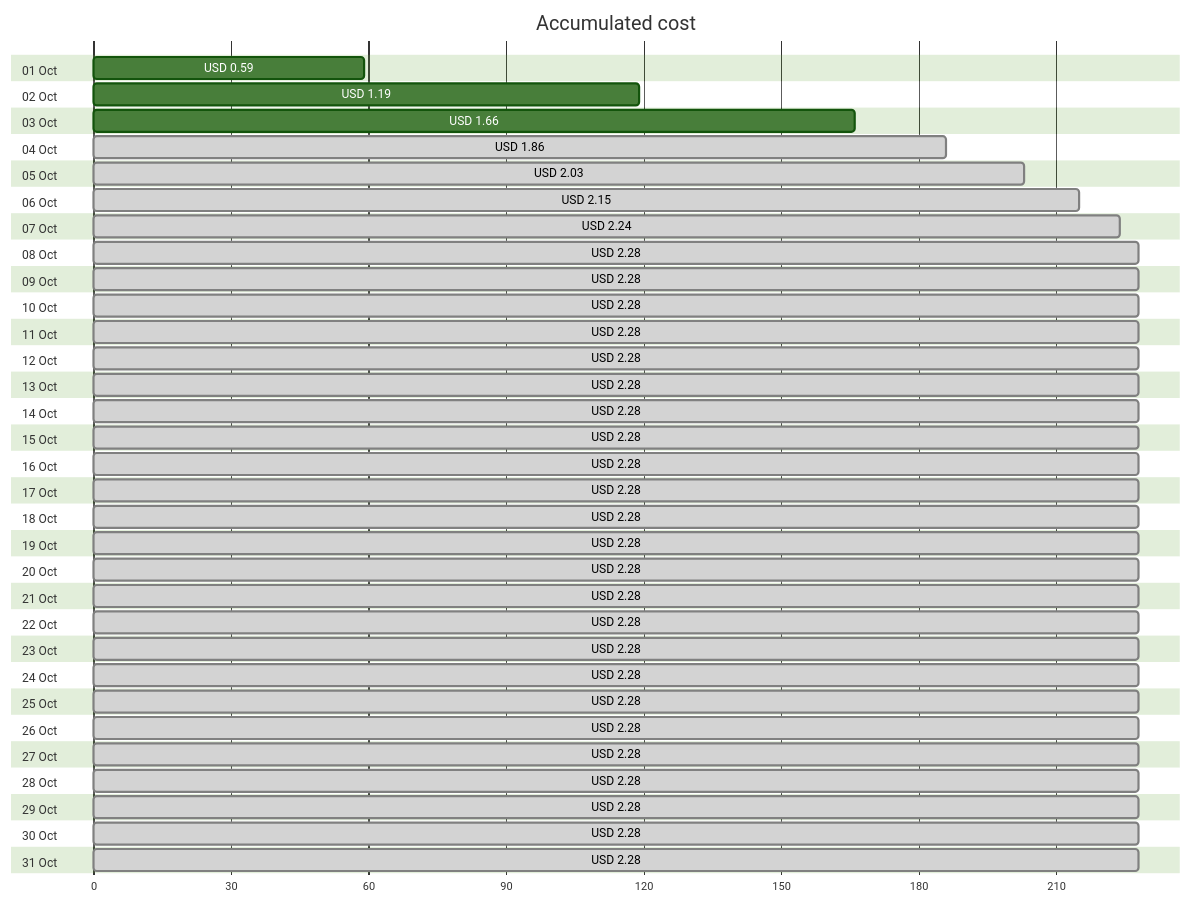
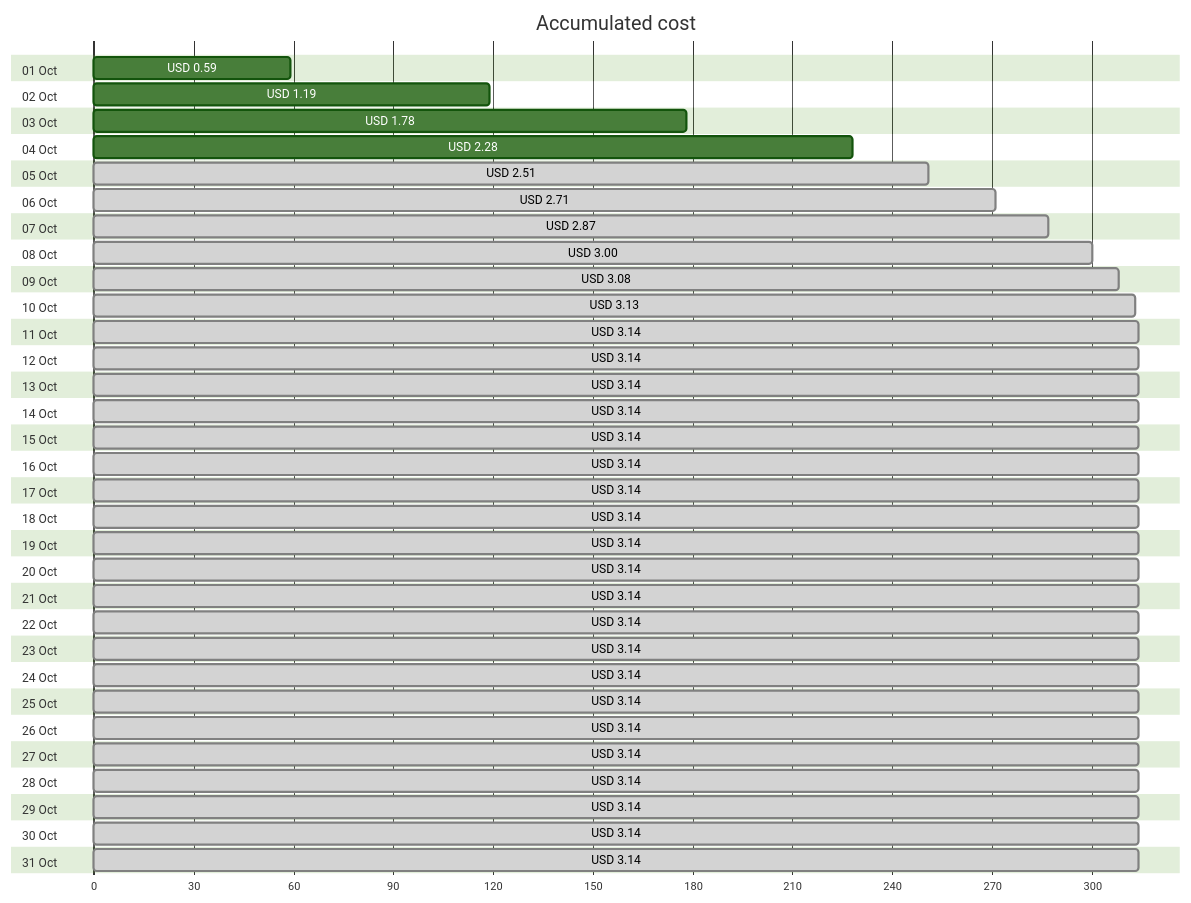
Before and after one commit to jpfulton/azure-personal-reports: the first of 4 diagrams in cost-reports/personal-site/README.md, drawn with Mermaid (forest theme). The commit also changed other lines of this file and 6 other files, not shown here.

````diff
--- a/cost-reports/personal-site/README.md
+++ b/cost-reports/personal-site/README.md
@@ -20,68 +20,68 @@
 ```mermaid
 gantt
    title Accumulated cost
    dateFormat  X
    axisFormat %s
    section 01 Oct
    USD 0.59 :0, 59
    section 02 Oct
    USD 1.19 :0, 119
    section 03 Oct
-   USD 1.66 :0, 166
+   USD 1.78 :0, 178
    section 04 Oct
-   USD 1.86 : done, 0, 186
+   USD 2.28 :0, 228
    section 05 Oct
-   USD 2.03 : done, 0, 203
+   USD 2.51 : done, 0, 251
    section 06 Oct
-   USD 2.15 : done, 0, 215
+   USD 2.71 : done, 0, 271
    section 07 Oct
-   USD 2.24 : done, 0, 224
+   USD 2.87 : done, 0, 287
    section 08 Oct
-   USD 2.28 : done, 0, 228
+   USD 3.00 : done, 0, 300
    section 09 Oct
-   USD 2.28 : done, 0, 228
+   USD 3.08 : done, 0, 308
    section 10 Oct
-   USD 2.28 : done, 0, 228
+   USD 3.13 : done, 0, 313
    section 11 Oct
-   USD 2.28 : done, 0, 228
+   USD 3.14 : done, 0, 314
    section 12 Oct
-   USD 2.28 : done, 0, 228
+   USD 3.14 : done, 0, 314
    section 13 Oct
-   USD 2.28 : done, 0, 228
+   USD 3.14 : done, 0, 314
    section 14 Oct
-   USD 2.28 : done, 0, 228
+   USD 3.14 : done, 0, 314
    section 15 Oct
-   USD 2.28 : done, 0, 228
+   USD 3.14 : done, 0, 314
    section 16 Oct
-   USD 2.28 : done, 0, 228
+   USD 3.14 : done, 0, 314
    section 17 Oct
-   USD 2.28 : done, 0, 228
+   USD 3.14 : done, 0, 314
    section 18 Oct
-   USD 2.28 : done, 0, 228
+   USD 3.14 : done, 0, 314
    section 19 Oct
-   USD 2.28 : done, 0, 228
+   USD 3.14 : done, 0, 314
    section 20 Oct
-   USD 2.28 : done, 0, 228
+   USD 3.14 : done, 0, 314
    section 21 Oct
-   USD 2.28 : done, 0, 228
+   USD 3.14 : done, 0, 314
    section 22 Oct
-   USD 2.28 : done, 0, 228
+   USD 3.14 : done, 0, 314
    section 23 Oct
-   USD 2.28 : done, 0, 228
+   USD 3.14 : done, 0, 314
    section 24 Oct
-   USD 2.28 : done, 0, 228
+   USD 3.14 : done, 0, 314
    section 25 Oct
-   USD 2.28 : done, 0, 228
+   USD 3.14 : done, 0, 314
    section 26 Oct
-   USD 2.28 : done, 0, 228
+   USD 3.14 : done, 0, 314
    section 27 Oct
-   USD 2.28 : done, 0, 228
+   USD 3.14 : done, 0, 314
    section 28 Oct
-   USD 2.28 : done, 0, 228
+   USD 3.14 : done, 0, 314
    section 29 Oct
-   USD 2.28 : done, 0, 228
+   USD 3.14 : done, 0, 314
    section 30 Oct
-   USD 2.28 : done, 0, 228
+   USD 3.14 : done, 0, 314
    section 31 Oct
-   USD 2.28 : done, 0, 228
+   USD 3.14 : done, 0, 314
 ```
````
